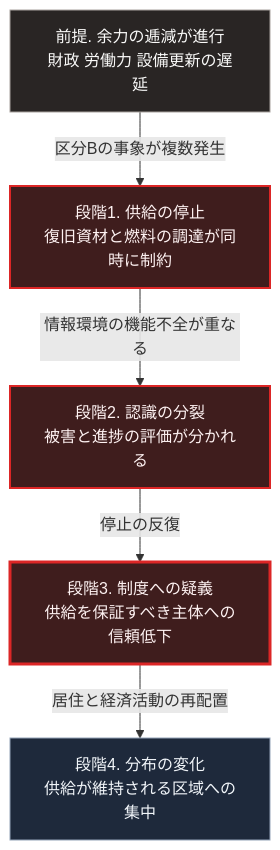
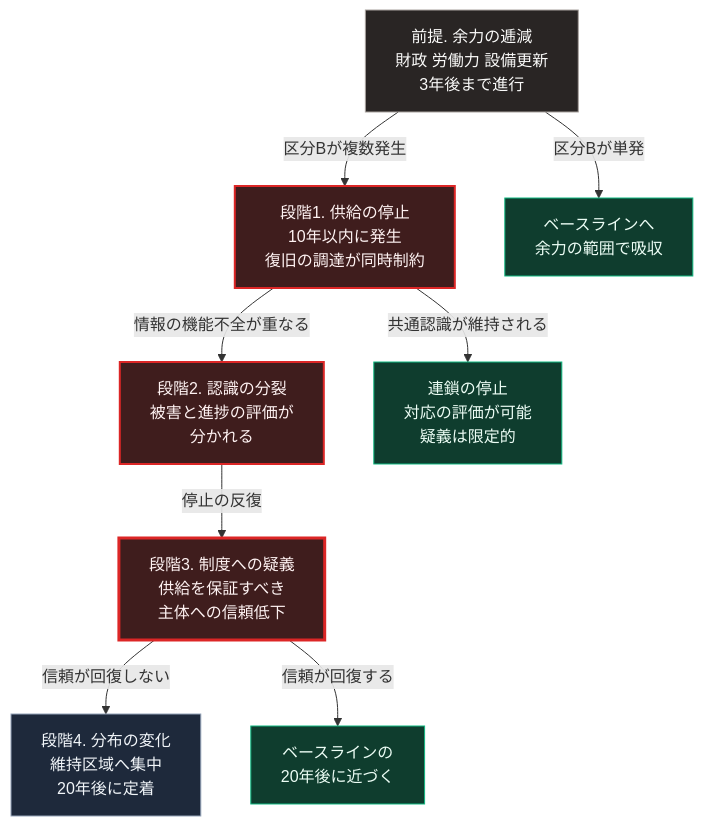
Before and after one commit to Takenori-Kusaka/zenn-content: the diagram in books/sovereign-resilience-blueprint/scenario-pessimistic.md, drawn with Mermaid. The commit also changed other lines of this file and 114 other files, not shown here.

````diff
--- a/books/sovereign-resilience-blueprint/scenario-pessimistic.md
+++ b/books/sovereign-resilience-blueprint/scenario-pessimistic.md
@@ -121,14 +121,20 @@
 ```mermaid
 flowchart TD
-    A[前提. 余力の逓減が進行<br>財政 労働力 設備更新の遅延]
-    A -->|区分Bの事象が複数発生| B[段階1. 供給の停止<br>復旧資材と燃料の調達が同時に制約]
-    B -->|情報環境の機能不全が重なる| C[段階2. 認識の分裂<br>被害と進捗の評価が分かれる]
-    C -->|停止の反復| D[段階3. 制度への疑義<br>供給を保証すべき主体への信頼低下]
-    D -->|居住と経済活動の再配置| E[段階4. 分布の変化<br>供給が維持される区域への集中]
+    A[前提. 余力の逓減<br>財政 労働力 設備更新<br>3年後まで進行]
+    A -->|区分Bが複数発生| B[段階1. 供給の停止<br>10年以内に発生<br>復旧の調達が同時制約]
+    A -->|区分Bが単発| X0[ベースラインへ<br>余力の範囲で吸収]
+    B -->|情報の機能不全が重なる| C[段階2. 認識の分裂<br>被害と進捗の評価が<br>分かれる]
+    B -->|共通認識が維持される| X1[連鎖の停止<br>対応の評価が可能<br>疑義は限定的]
+    C -->|停止の反復| D[段階3. 制度への疑義<br>供給を保証すべき<br>主体への信頼低下]
+    D -->|信頼が回復しない| E[段階4. 分布の変化<br>維持区域へ集中<br>20年後に定着]
+    D -->|信頼が回復する| X2[ベースラインの<br>20年後に近づく]
 
     style A fill:#292524,stroke:#a8a29e,color:#fafaf9
     style B fill:#3f1d1d,stroke:#dc2626,stroke-width:2px,color:#fef2f2
     style C fill:#3f1d1d,stroke:#dc2626,stroke-width:2px,color:#fef2f2
     style D fill:#3f1d1d,stroke:#dc2626,stroke-width:3px,color:#fef2f2
     style E fill:#1e293b,stroke:#94a3b8,color:#f1f5f9
+    style X0 fill:#0f3d2e,stroke:#10b981,color:#ecfdf5
+    style X1 fill:#0f3d2e,stroke:#10b981,color:#ecfdf5
+    style X2 fill:#0f3d2e,stroke:#10b981,color:#ecfdf5
 ```
````
